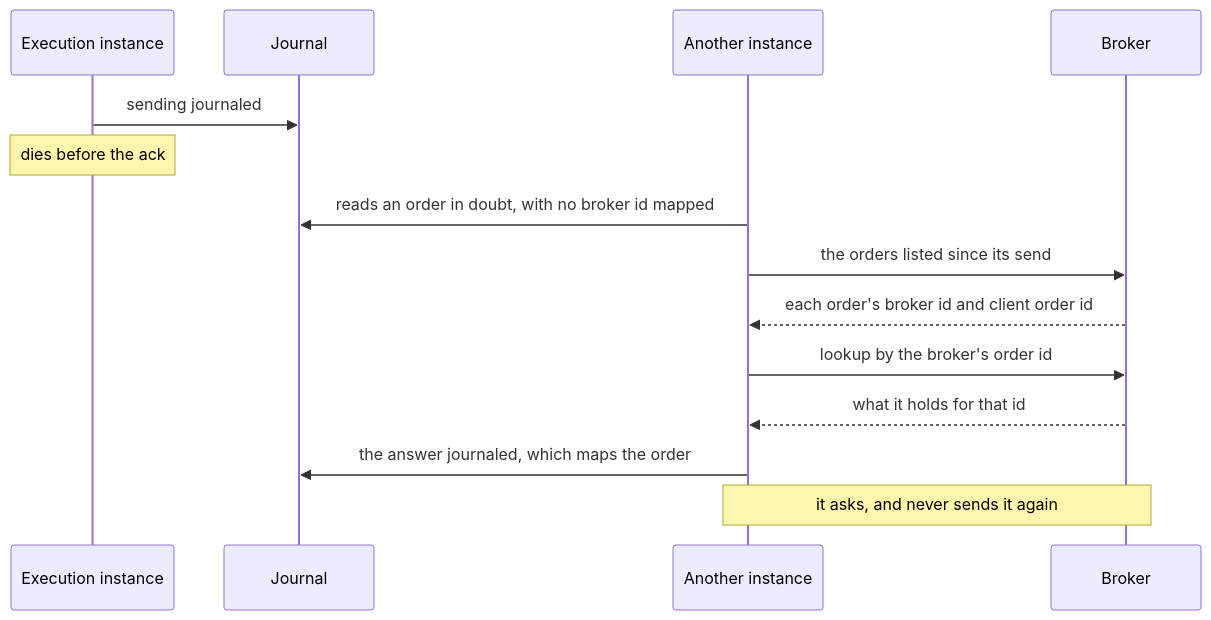
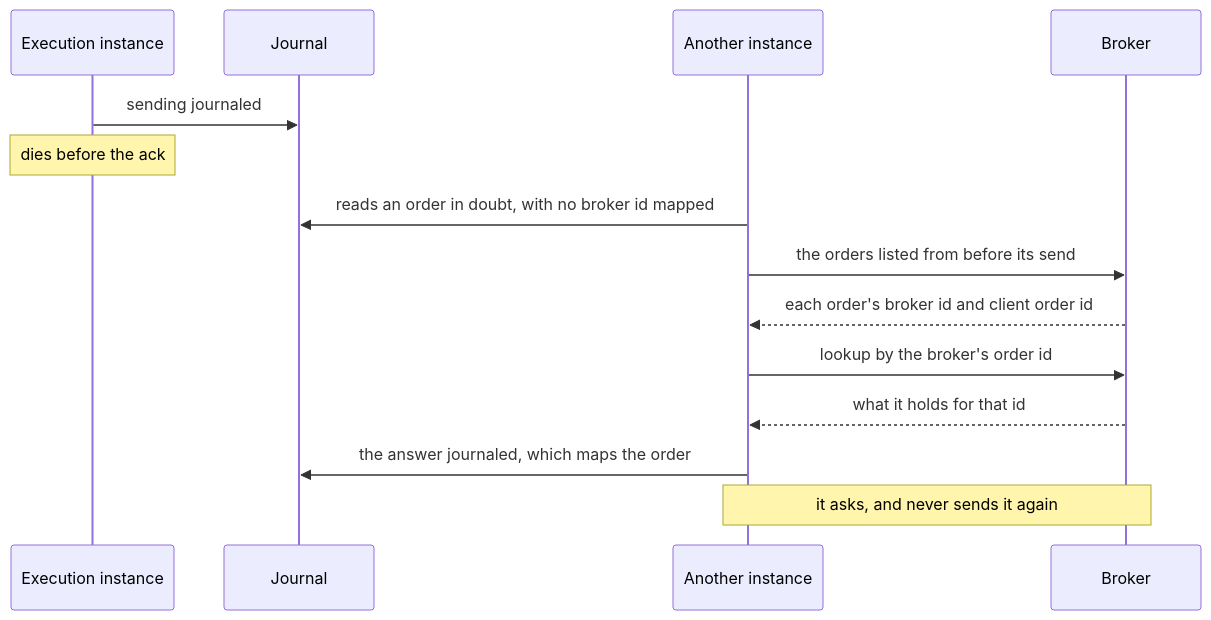
One commit to l3a0/ithildin-runtime changed diagram 20 of 34 in docs/architecture.md. Above: the diagram before and after it, drawn with Mermaid. The commit also changed other lines of this file and 3 other files, not shown here.

````diff
--- a/docs/architecture.md
+++ b/docs/architecture.md
@@ -1146,16 +1148,16 @@
 ```mermaid
 sequenceDiagram
     participant X1 as Execution instance
     participant J as Journal
     participant X2 as Another instance
     participant B as Broker
     X1->>J: sending journaled
     Note over X1: dies before the ack
     X2->>J: reads an order in doubt, with no broker id mapped
-    X2->>B: the orders listed since its send
+    X2->>B: the orders listed from before its send
     B-->>X2: each order's broker id and client order id
     X2->>B: lookup by the broker's order id
     B-->>X2: what it holds for that id
     X2->>J: the answer journaled, which maps the order
     Note over X2,B: it asks, and never sends it again
 ```
````
